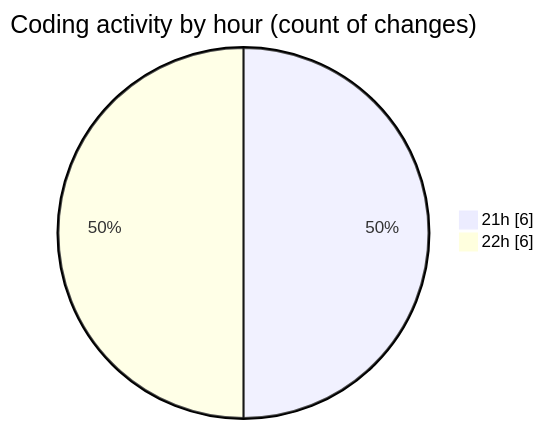
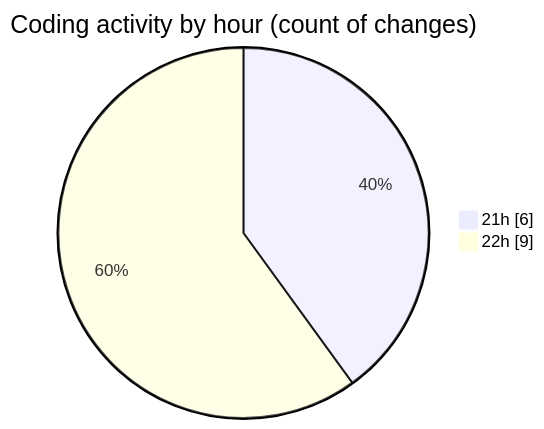
One commit to NitaiMahat/code-tracking changed the second of 2 diagrams in 2025-04-02/startfiles__2_/README.md. Above: the diagram before and after it, drawn with Mermaid. The commit also changed other lines of this file and 1 other file, not shown here.

````diff
--- a/2025-04-02/startfiles__2_/README.md
+++ b/2025-04-02/startfiles__2_/README.md
@@ -33,6 +34,6 @@
 ```mermaid
 pie showData
 title Coding activity by hour (count of changes)
 "21h" : 6
-"22h" : 6
+"22h" : 9
 ```
````
